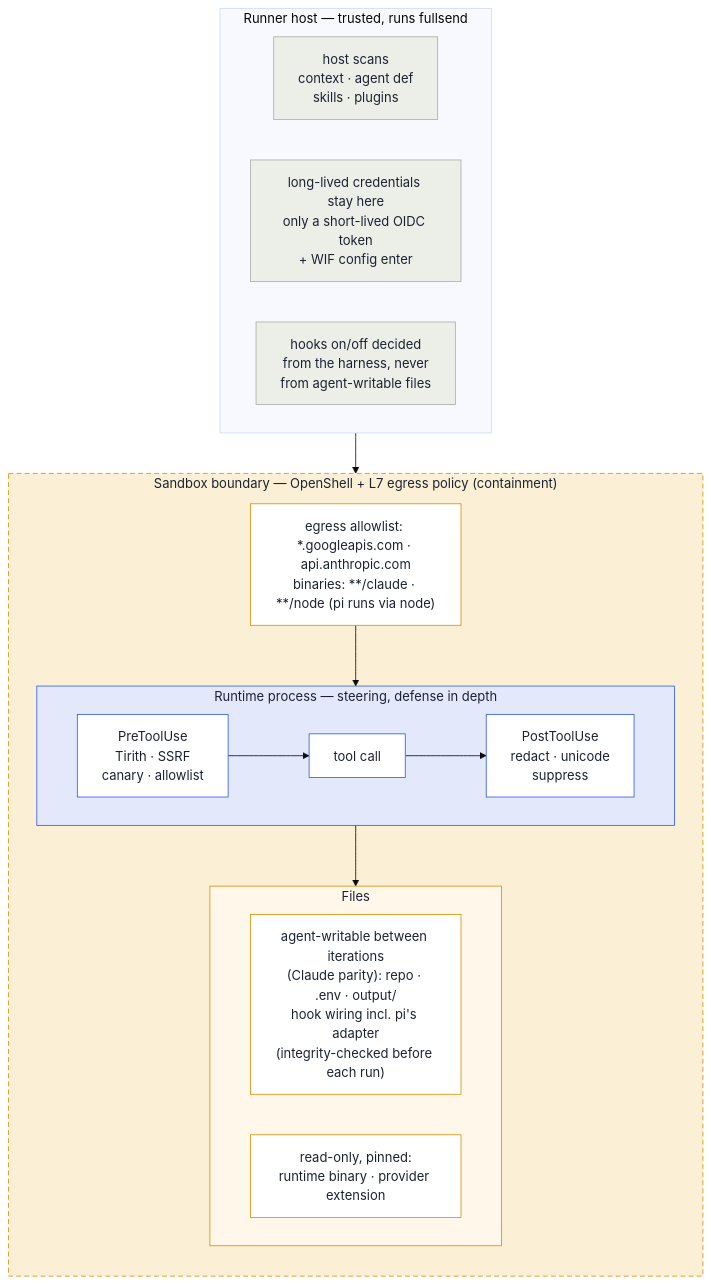
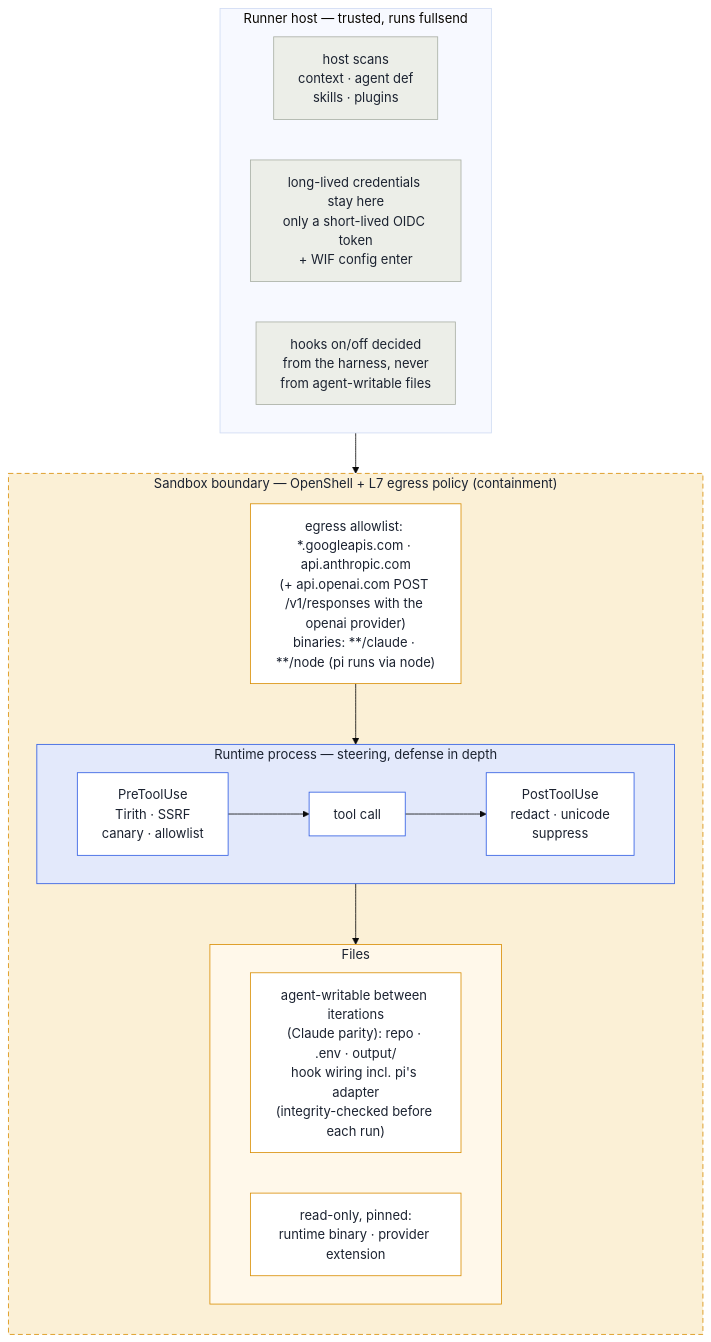
One commit to dhshah13/fullsend changed the first of 2 diagrams in docs/contributing/runtime-implementation.md. Above: the diagram before and after it, drawn with Mermaid (base theme). The commit also changed other lines of this file and 17 other files, not shown here.

````diff
--- a/docs/contributing/runtime-implementation.md
+++ b/docs/contributing/runtime-implementation.md
@@ -40,36 +40,36 @@
 ```mermaid
 flowchart TB
   subgraph HOST["Runner host — trusted, runs fullsend"]
     direction LR
     SCAN["host scans\ncontext · agent def\nskills · plugins"]
     CRED["long-lived credentials stay here\nonly a short-lived OIDC token\n+ WIF config enter"]
     SIG["hooks on/off decided\nfrom the harness, never\nfrom agent-writable files"]
   end
   subgraph SB["Sandbox boundary — OpenShell + L7 egress policy (containment)"]
     direction TB
-    EG["egress allowlist: *.googleapis.com · api.anthropic.com\nbinaries: **/claude · **/node (pi runs via node)"]
+    EG["egress allowlist: *.googleapis.com · api.anthropic.com\n(+ api.openai.com POST /v1/responses with the openai provider)\nbinaries: **/claude · **/node (pi runs via node)"]
     subgraph PROC["Runtime process — steering, defense in depth"]
       direction LR
       PRE["PreToolUse\nTirith · SSRF\ncanary · allowlist"]
       TOOL["tool call"]
       POST["PostToolUse\nredact · unicode\nsuppress"]
       PRE --> TOOL --> POST
     end
     subgraph FS["Files"]
       direction LR
       WR["agent-writable between iterations\n(Claude parity): repo · .env · output/\nhook wiring incl. pi's adapter\n(integrity-checked before each run)"]
       RO["read-only, pinned:\nruntime binary · provider extension"]
     end
     EG --> PROC --> FS
   end
   HOST --> SB
   style SB fill:#fbf0d6,stroke:#d98e04,stroke-dasharray:6 4,color:#1b2230
   style PROC fill:#e3e9fb,stroke:#2d5be3,color:#1b2230
   style FS fill:#fff8ea,stroke:#d98e04,color:#1b2230
   classDef boundary fill:#fff,stroke:#d98e04,color:#1b2230;
   classDef steer fill:#fff,stroke:#2d5be3,color:#1b2230;
   classDef host fill:#eceee8,stroke:#a9afa4,color:#1b2230;
   class EG,WR,RO boundary;
   class PRE,TOOL,POST steer;
   class SCAN,CRED,SIG host;
 ```
````
